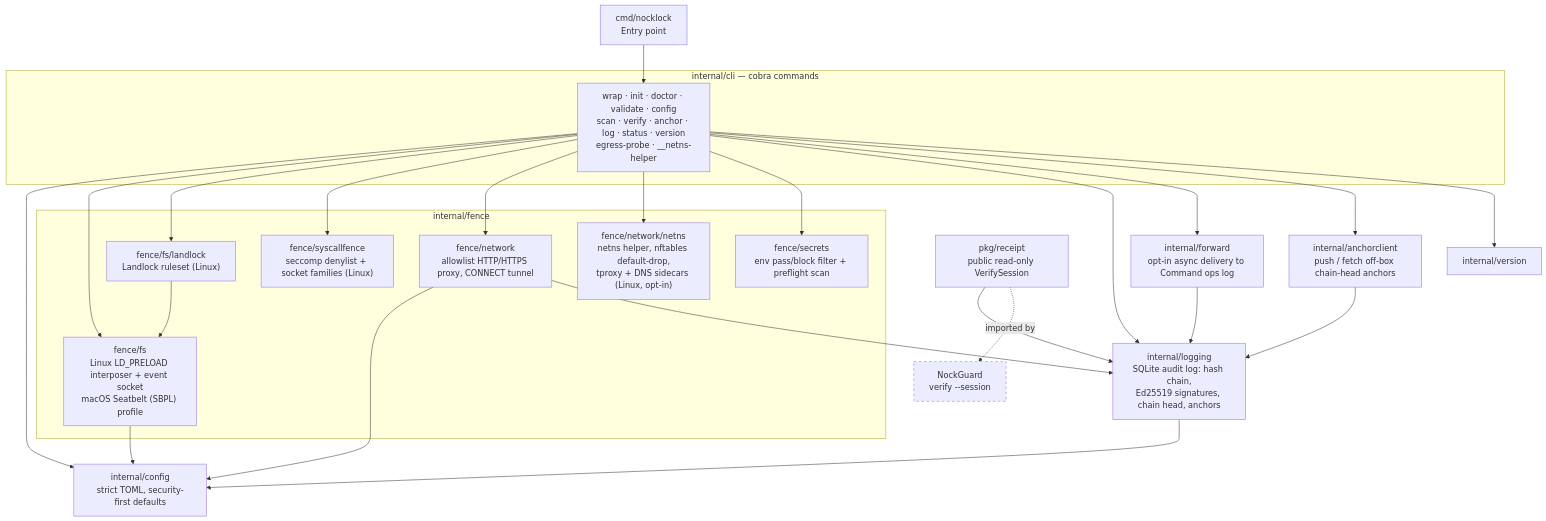
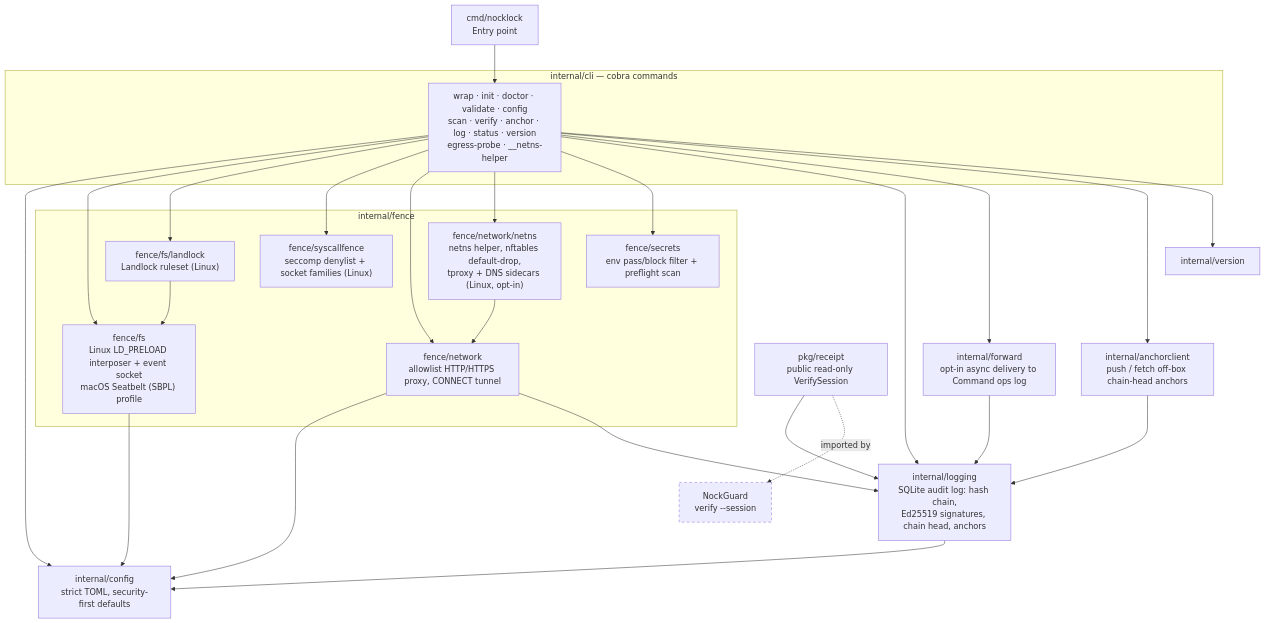
The diagram in .claude/diagrams/architecture.mermaid (nocktechnologies/nocklock), drawn with Mermaid before and after one commit. The commit also changed 2 other files, not shown here.

Commit message:
docs: align diagrams with code (netns web traffic via tproxy, enforcement modes, audit coverage)

```diff
--- a/.claude/diagrams/architecture.mermaid
+++ b/.claude/diagrams/architecture.mermaid
@@ -1,52 +1,54 @@
 %% NockLock — Package Architecture
 %% Package dependencies as of v0.6.1 (from `go list` imports).
-%% cli is the only package that wires fences together; fence packages never import each other.
+%% cli is the only package that wires fences together; fence packages do not import each other, except
+%% landlock → fs and netns → network (sub-packages of their parent fence).
 
 graph TD
     main["cmd/nocklock<br/>Entry point"] --> cli
 
     subgraph "internal/cli — cobra commands"
         cli["wrap · init · doctor · validate · config<br/>scan · verify · anchor · log · status · version<br/>egress-probe · __netns-helper"]
     end
 
     subgraph "internal/fence"
         fs["fence/fs<br/>Linux LD_PRELOAD interposer + event socket<br/>macOS Seatbelt (SBPL) profile"]
         landlock["fence/fs/landlock<br/>Landlock ruleset (Linux)"]
         sys["fence/syscallfence<br/>seccomp denylist + socket families (Linux)"]
         net["fence/network<br/>allowlist HTTP/HTTPS proxy, CONNECT tunnel"]
         netns["fence/network/netns<br/>netns helper, nftables default-drop,<br/>tproxy + DNS sidecars (Linux, opt-in)"]
         sec["fence/secrets<br/>env pass/block filter + preflight scan"]
     end
 
     config["internal/config<br/>strict TOML, security-first defaults"]
     logging["internal/logging<br/>SQLite audit log: hash chain,<br/>Ed25519 signatures, chain head, anchors"]
     forward["internal/forward<br/>opt-in async delivery to Command ops log"]
     anchorclient["internal/anchorclient<br/>push / fetch off-box chain-head anchors"]
     version["internal/version"]
     receipt["pkg/receipt<br/>public read-only VerifySession"]
 
     cli --> config
     cli --> fs
     cli --> landlock
     cli --> sys
     cli --> net
     cli --> netns
     cli --> sec
     cli --> logging
     cli --> forward
     cli --> anchorclient
     cli --> version
 
     fs --> config
     landlock --> fs
+    netns --> net
     net --> config
     net --> logging
     logging --> config
     forward --> logging
     anchorclient --> logging
     receipt --> logging
 
     receipt -.->|"imported by"| nockguard["NockGuard<br/>verify --session"]
 
     classDef external stroke-dasharray: 5 5
     class nockguard external
```
